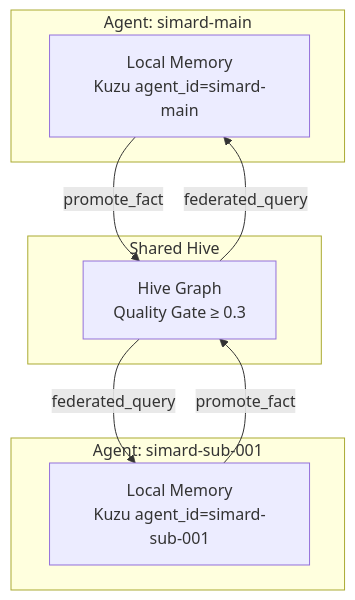
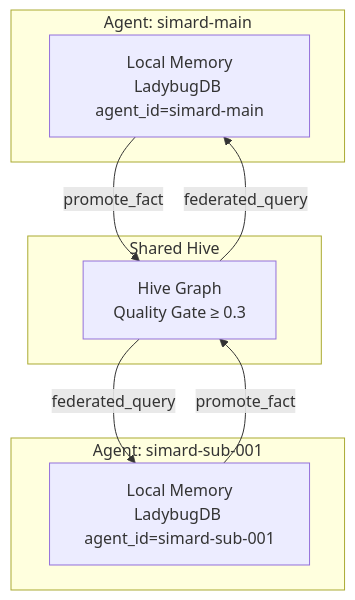
Before and after one commit to rysweet/Simard: the second of 2 diagrams in docs/architecture/cognitive-memory.md, drawn with Mermaid. The commit also changed other lines of this file and 11 other files, not shown here.

First line of the commit message:
refactor: replace all Kuzu references with LadybugDB

````diff
--- a/docs/architecture/cognitive-memory.md
+++ b/docs/architecture/cognitive-memory.md
@@ -153,17 +153,17 @@
 ```mermaid
 graph TB
     subgraph "Agent: simard-main"
-        LM1[Local Memory<br/>Kuzu agent_id=simard-main]
+        LM1[Local Memory<br/>LadybugDB agent_id=simard-main]
     end
     subgraph "Agent: simard-sub-001"
-        LM2[Local Memory<br/>Kuzu agent_id=simard-sub-001]
+        LM2[Local Memory<br/>LadybugDB agent_id=simard-sub-001]
     end
     subgraph "Shared Hive"
         HG[Hive Graph<br/>Quality Gate ≥ 0.3]
     end
 
     LM1 -->|promote_fact| HG
     LM2 -->|promote_fact| HG
     HG -->|federated_query| LM1
     HG -->|federated_query| LM2
 ```
````
